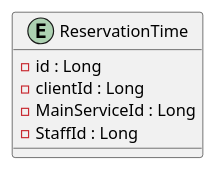
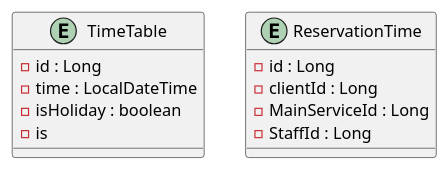
One commit to hah-ak/test-moa changed the diagram in api/src/main/java/my/application/api/entities/mysql/reservationTImeEntities.puml. Above: the diagram before and after it, drawn with PlantUML. The commit also changed 29 other files, not shown here.

```diff
--- a/api/src/main/java/my/application/api/entities/mysql/reservationTImeEntities.puml
+++ b/api/src/main/java/my/application/api/entities/mysql/reservationTImeEntities.puml
@@ -1,10 +1,17 @@
 @startuml
+
+entity TimeTable {
+    - id : Long
+    - time : LocalDateTime
+    - isHoliday : boolean
+    - is
+}
 
 entity ReservationTime {
     - id : Long
     - clientId : Long
     - MainServiceId : Long
     - StaffId : Long
 }
 
 @enduml
```
